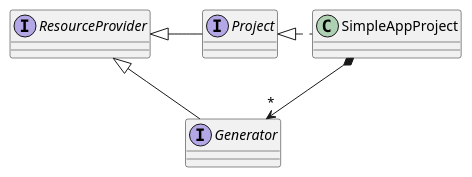
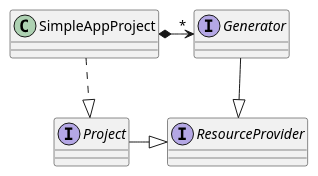
Before and after one commit to mnlipp/JDrupes-Builder: the second of 5 diagrams in overview.md, drawn with PlantUML. The commit also changed other lines of this file and 2 other files, not shown here.

```diff
--- a/overview.md
+++ b/overview.md
@@ -20,9 +21,9 @@
 @startuml single-project-classes.svg
 interface ResourceProvider
 interface Project
 interface Generator
-ResourceProvider <|-right- Project : "     "
-Project <|.right. SimpleAppProject 
-Generator --|> ResourceProvider
-SimpleAppProject *--> "*" Generator
+ResourceProvider <|-left- Project
+Project <|.up. SimpleAppProject 
+Generator -right-|> ResourceProvider
+SimpleAppProject *-right-> "*" Generator
 @enduml
```
